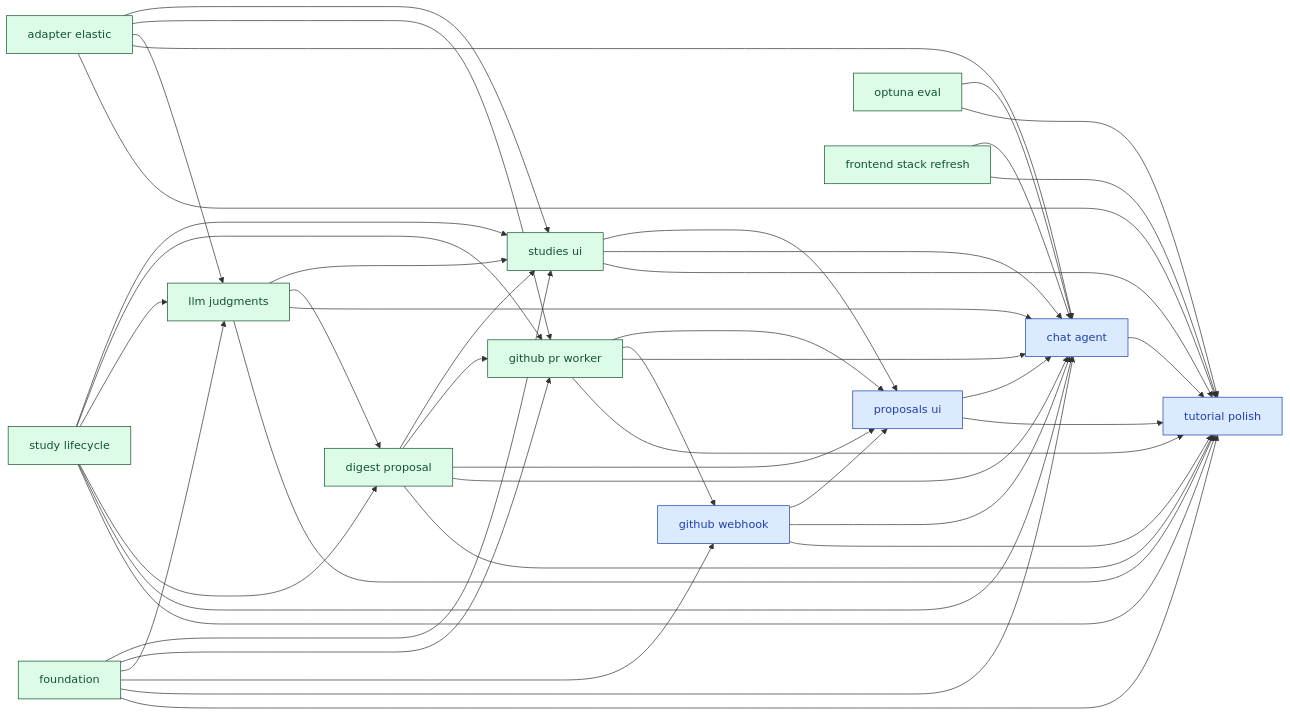
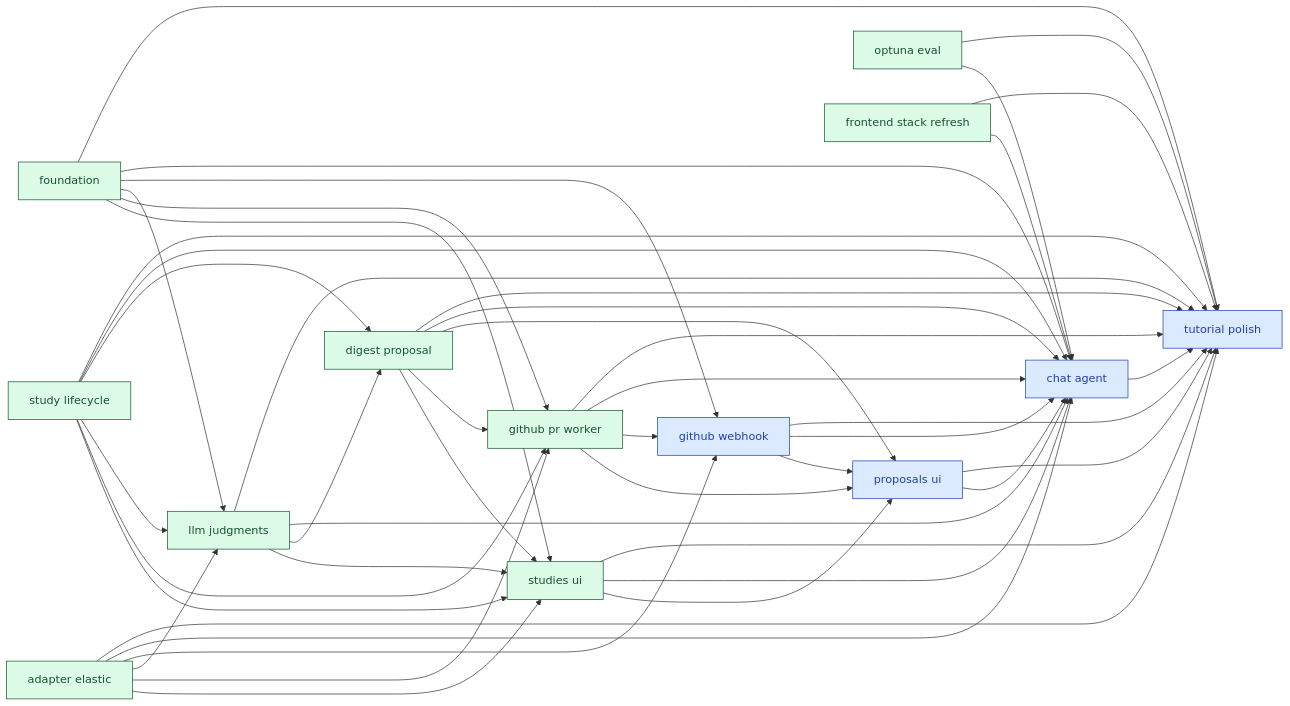
The diagram in docs/00_overview/MVP1_DASHBOARD.md (SoundMindsAI/relyloop), drawn with Mermaid before and after one commit. The commit also changed other lines of this file and 3 other files, not shown here.

First line of the commit message:
docs(feat-github-webhook): apply spec-review patches + pipeline gate (#54)

````diff
--- a/docs/00_overview/MVP1_DASHBOARD.md
+++ b/docs/00_overview/MVP1_DASHBOARD.md
@@ -88,77 +88,78 @@
 ```mermaid
 graph LR
   classDef done fill:#dcfce7,stroke:#14532d,color:#14532d;
   classDef implement fill:#ffedd5,stroke:#9a3412,color:#9a3412;
   classDef plan fill:#fef9c3,stroke:#854d0e,color:#854d0e;
   classDef spec fill:#dbeafe,stroke:#1e40af,color:#1e40af;
   classDef idea fill:#f1f5f9,stroke:#334155,color:#334155;
   chore_tutorial_polish["tutorial polish"]
   class chore_tutorial_polish spec;
   feat_chat_agent["chat agent"]
   class feat_chat_agent spec;
   feat_github_webhook["github webhook"]
   class feat_github_webhook spec;
   feat_proposals_ui["proposals ui"]
   class feat_proposals_ui spec;
   infra_foundation["foundation"]
   class infra_foundation done;
   feat_study_lifecycle["study lifecycle"]
   class feat_study_lifecycle done;
   infra_adapter_elastic["adapter elastic"]
   class infra_adapter_elastic done;
   infra_optuna_eval["optuna eval"]
   class infra_optuna_eval done;
   feat_digest_proposal["digest proposal"]
   class feat_digest_proposal done;
   feat_llm_judgments["llm judgments"]
   class feat_llm_judgments done;
   feat_github_pr_worker["github pr worker"]
   class feat_github_pr_worker done;
   feat_studies_ui["studies ui"]
   class feat_studies_ui done;
   infra_frontend_stack_refresh["frontend stack refresh"]
   class infra_frontend_stack_refresh done;
   feat_chat_agent --> chore_tutorial_polish
   feat_digest_proposal --> chore_tutorial_polish
   feat_github_pr_worker --> chore_tutorial_polish
   feat_github_webhook --> chore_tutorial_polish
   feat_llm_judgments --> chore_tutorial_polish
   feat_proposals_ui --> chore_tutorial_polish
   feat_studies_ui --> chore_tutorial_polish
   feat_study_lifecycle --> chore_tutorial_polish
   infra_adapter_elastic --> chore_tutorial_polish
   infra_foundation --> chore_tutorial_polish
   infra_frontend_stack_refresh --> chore_tutorial_polish
   infra_optuna_eval --> chore_tutorial_polish
   feat_digest_proposal --> feat_chat_agent
   feat_github_pr_worker --> feat_chat_agent
   feat_github_webhook --> feat_chat_agent
   feat_llm_judgments --> feat_chat_agent
   feat_proposals_ui --> feat_chat_agent
   feat_studies_ui --> feat_chat_agent
   feat_study_lifecycle --> feat_chat_agent
   infra_adapter_elastic --> feat_chat_agent
   infra_foundation --> feat_chat_agent
   infra_frontend_stack_refresh --> feat_chat_agent
   infra_optuna_eval --> feat_chat_agent
   infra_foundation --> feat_github_webhook
+  infra_adapter_elastic --> feat_github_webhook
   feat_github_pr_worker --> feat_github_webhook
   feat_studies_ui --> feat_proposals_ui
   feat_digest_proposal --> feat_proposals_ui
   feat_github_pr_worker --> feat_proposals_ui
   feat_github_webhook --> feat_proposals_ui
   feat_study_lifecycle --> feat_digest_proposal
   feat_llm_judgments --> feat_digest_proposal
   infra_foundation --> feat_llm_judgments
   infra_adapter_elastic --> feat_llm_judgments
   feat_study_lifecycle --> feat_llm_judgments
   infra_foundation --> feat_github_pr_worker
   infra_adapter_elastic --> feat_github_pr_worker
   feat_study_lifecycle --> feat_github_pr_worker
   feat_digest_proposal --> feat_github_pr_worker
   infra_foundation --> feat_studies_ui
   feat_study_lifecycle --> feat_studies_ui
   feat_digest_proposal --> feat_studies_ui
   feat_llm_judgments --> feat_studies_ui
   infra_adapter_elastic --> feat_studies_ui
 ```
````
